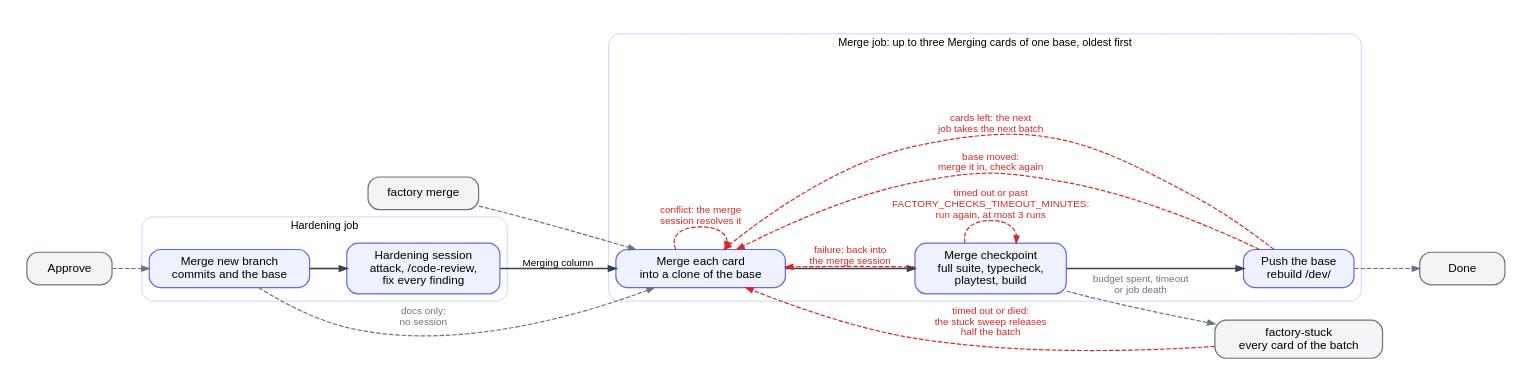
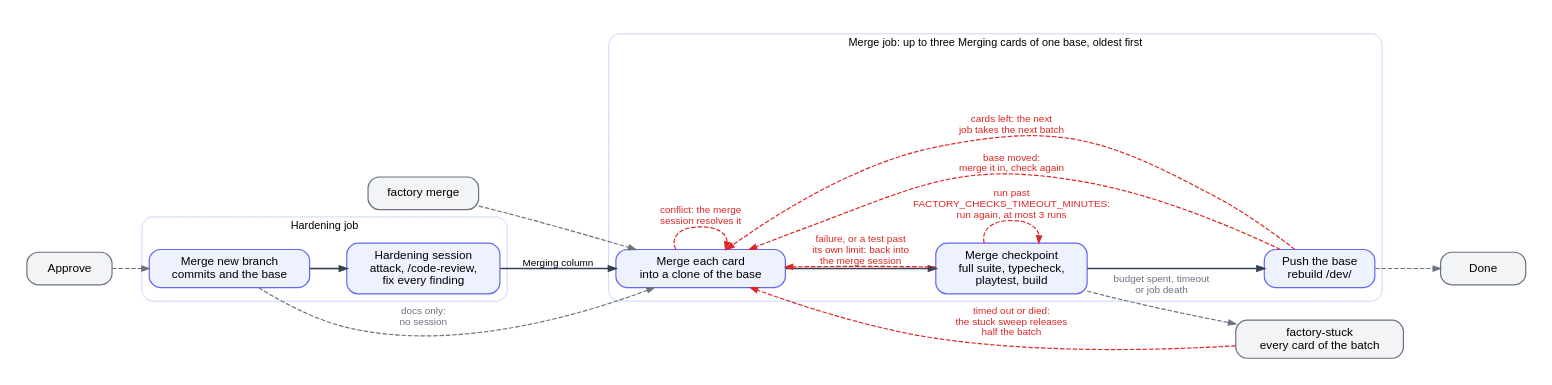
The diagram in factory/docs/diagrams/hardening.dot (btseytlin/road-machiners), drawn with Graphviz before and after one commit. The commit also changed 10 other files, not shown here.

Commit message:
Factory containers send TEST_TIMEOUTS=shared, and a test or hook past its own limit fails the checkpoint into the session instead of rerunning as load

```diff
--- a/factory/docs/diagrams/hardening.dot
+++ b/factory/docs/diagrams/hardening.dot
@@ -1,35 +1,35 @@
 // Hardening and Merging columns. One hardening session reviews and fixes an approved card. The merge queue checks up to three waiting cards of a base merged together before the base takes them, and the next job takes the rest.
 // Red: loops back. Grey: leaves the column or enters from outside.
 digraph hardening {
   rankdir=LR; nodesep=0.35; ranksep=0.55; bgcolor=white; pad=0.3;
   node [shape=box, style="rounded,filled", fillcolor="#eef2ff", color="#6366f1", fontname="Helvetica", fontsize=13, margin="0.2,0.1", penwidth=1.3, width=1.3];
   edge [color="#374151", penwidth=1.8, arrowsize=0.8, fontname="Helvetica", fontsize=11];
   subgraph cluster_harden {
     label="Hardening job"; fontname="Helvetica"; fontsize=12; color="#c7d2fe"; style=rounded;
     HM [label="Merge new branch\ncommits and the base"]; HH [label="Hardening session\nattack, /code-review,\nfix every finding"];
     HM -> HH [weight=100];
   }
   subgraph cluster_merge {
     label="Merge job: up to three Merging cards of one base, oldest first"; fontname="Helvetica"; fontsize=12; color="#c7d2fe"; style=rounded;
     MM [label="Merge each card\ninto a clone of the base"]; MC [label="Merge checkpoint\nfull suite, typecheck,\nplaytest, build"]; MP [label="Push the base\nrebuild /dev/"];
     MM -> MC -> MP [weight=100];
   }
   HH -> MM [label="Merging column"];
   XA [label="Approve", fillcolor="#f3f4f6", color="#6b7280"];
   XO [label="factory merge", fillcolor="#f3f4f6", color="#6b7280"];
   XS [label="factory-stuck\nevery card of the batch", fillcolor="#f3f4f6", color="#6b7280"];
   XN [label="Done", fillcolor="#f3f4f6", color="#6b7280"];
   edge [color="#dc2626", fontcolor="#dc2626", style=dashed, penwidth=1.3];
   MM -> MM [label="conflict: the merge\nsession resolves it"];
-  MC -> MM [label="failure: back into\nthe merge session"];
-  MC -> MC [label="timed out or past\nFACTORY_CHECKS_TIMEOUT_MINUTES:\nrun again, at most 3 runs"];
+  MC -> MM [label="failure, or a test past\nits own limit: back into\nthe merge session"];
+  MC -> MC [label="run past\nFACTORY_CHECKS_TIMEOUT_MINUTES:\nrun again, at most 3 runs"];
   MP -> MM [label="base moved:\nmerge it in, check again"];
   XS -> MM [label="timed out or died:\nthe stuck sweep releases\nhalf the batch"];
   MP -> MM [label="cards left: the next\njob takes the next batch"];
   edge [color="#6b7280", fontcolor="#6b7280"];
   XA -> HM;
   HM -> MM [label="docs only:\nno session"];
   XO -> MM;
   MC -> XS [label="budget spent, timeout\nor job death"];
   MP -> XN;
 }
```
